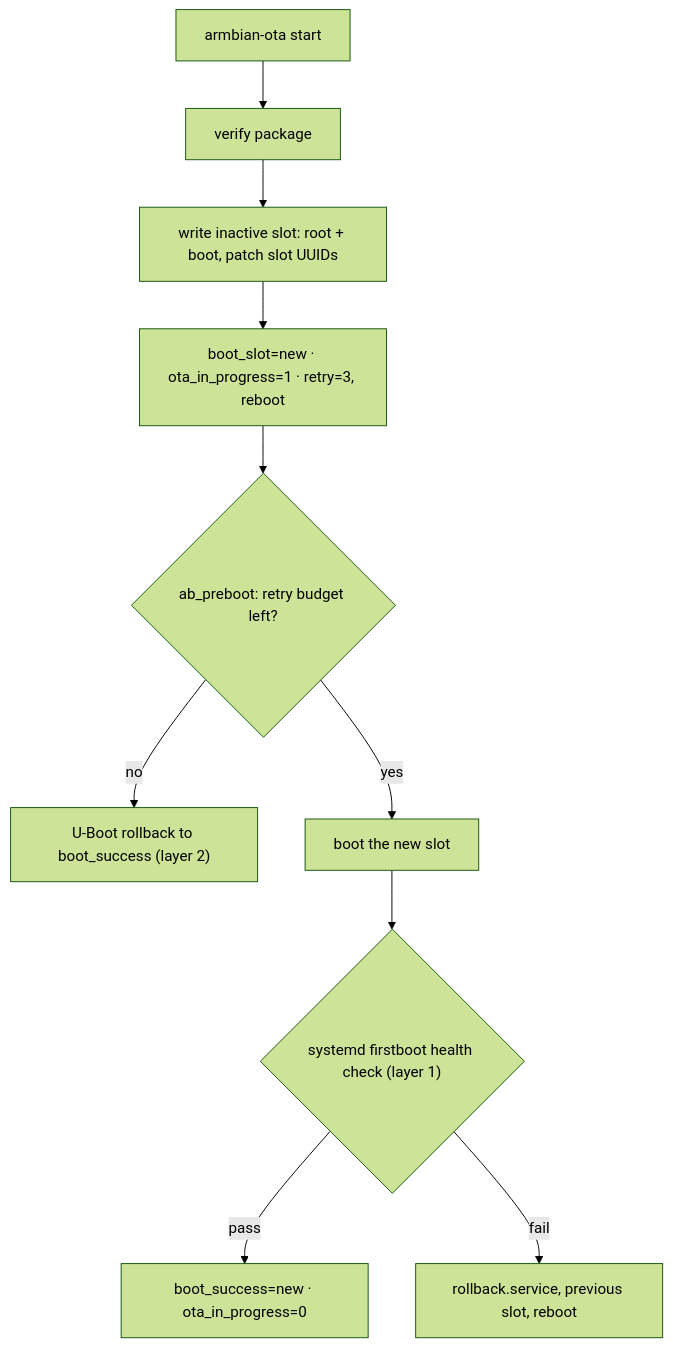
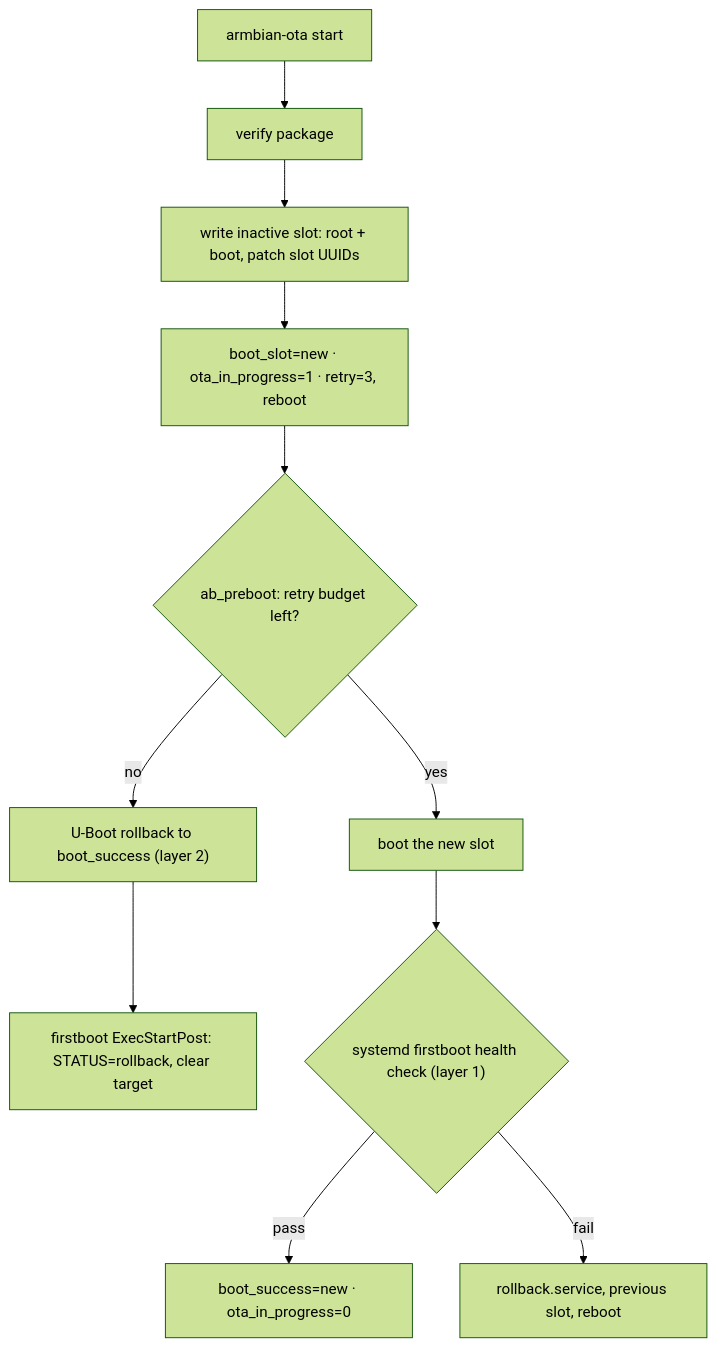
Before and after one commit to Seeed-Studio/seeed_armbian_extension: the second of 2 diagrams in armbian-ota/README.md, drawn with Mermaid (forest theme). The commit also changed 6 other files, not shown here.

````diff
--- a/armbian-ota/README.md
+++ b/armbian-ota/README.md
@@ -56,12 +56,13 @@
 ```mermaid
 flowchart TD
     A["armbian-ota start"] --> B["verify package"]
     B --> C["write inactive slot: root + boot, patch slot UUIDs"]
     C --> D["boot_slot=new · ota_in_progress=1 · retry=3, reboot"]
     D --> E{"ab_preboot: retry budget left?"}
     E -- no --> U["U-Boot rollback to boot_success (layer 2)"]
+    U --> R["firstboot ExecStartPost: STATUS=rollback, clear target"]
     E -- yes --> F["boot the new slot"]
     F --> G{"systemd firstboot health check (layer 1)"}
     G -- pass --> H["boot_success=new · ota_in_progress=0"]
     G -- fail --> I["rollback.service, previous slot, reboot"]
 ```
````
